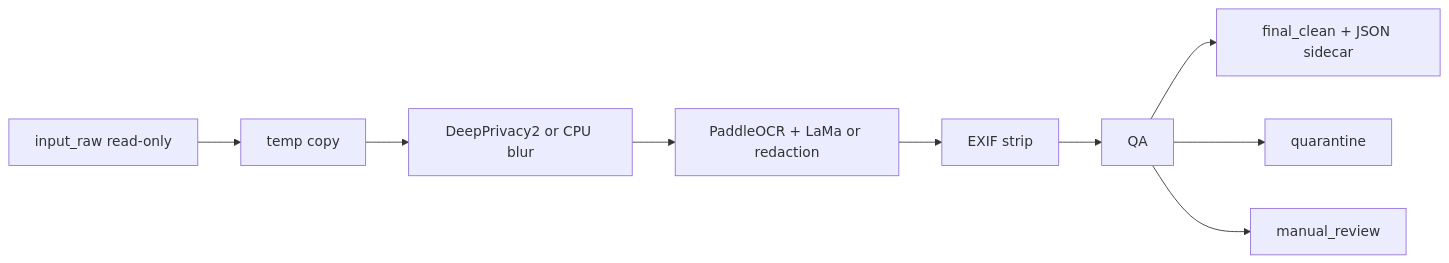
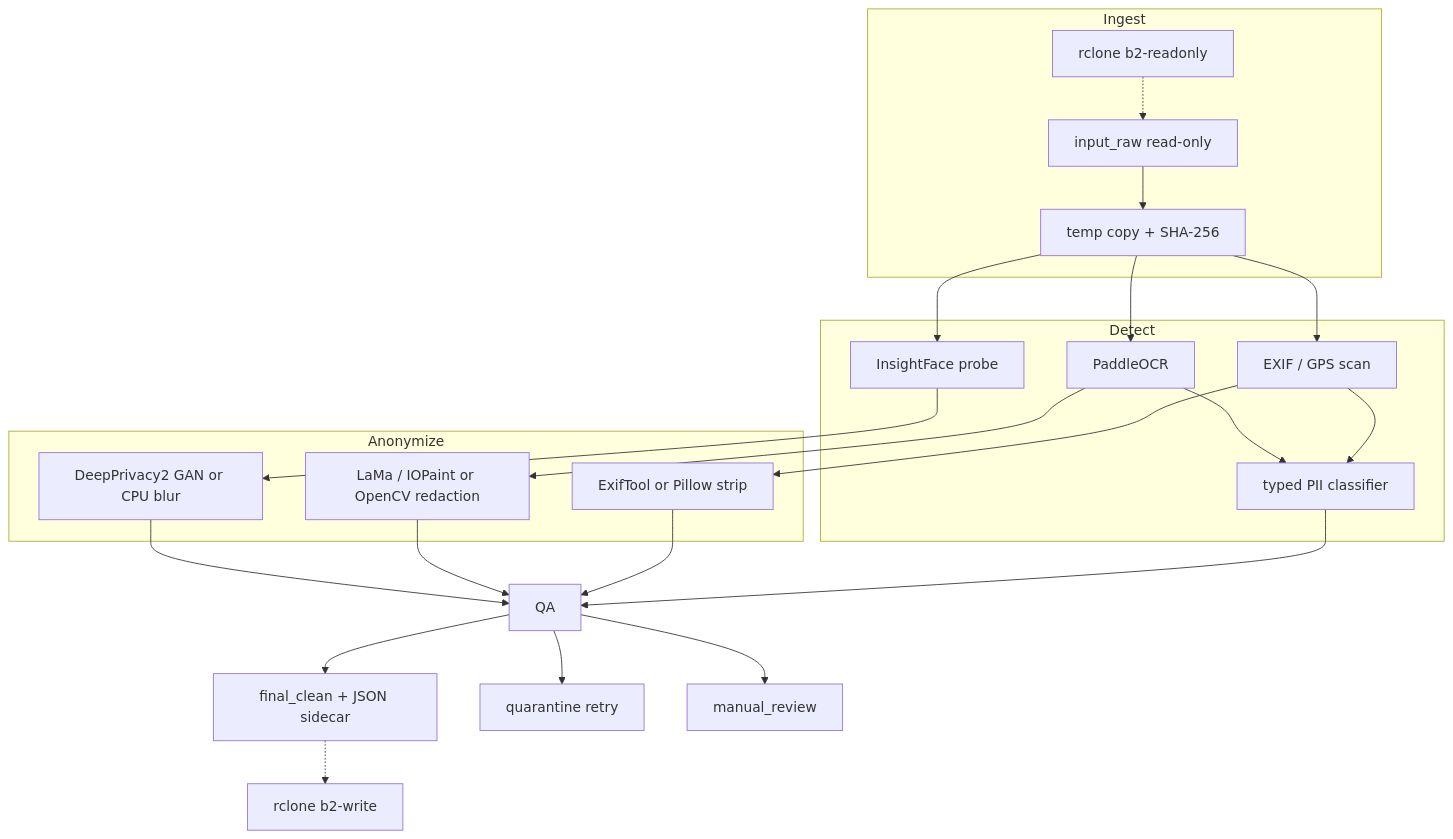
Before and after one commit to DannyBarren/PrivaGen-Anonymizer: the diagram in README.md, drawn with Mermaid. The commit also changed other lines of this file and 3 other files, not shown here.

First line of the commit message:
docs: publish architecture, trade-offs, and measured PII results

````diff
--- a/README.md
+++ b/README.md
@@ -25,11 +22,27 @@
 ```mermaid
-flowchart LR
-  A[input_raw read-only] --> B[temp copy]
-  B --> C[DeepPrivacy2 or CPU blur]
-  C --> D[PaddleOCR + LaMa or redaction]
-  D --> E[EXIF strip]
-  E --> F[QA]
-  F --> G[final_clean + JSON sidecar]
-  F --> H[quarantine]
-  F --> I[manual_review]
+flowchart TB
+  subgraph ingest [Ingest]
+    A[input_raw read-only] --> B[temp copy + SHA-256]
+    R[rclone b2-readonly] -.-> A
+  end
+  subgraph detect [Detect]
+    B --> C[InsightFace probe]
+    B --> D[PaddleOCR]
+    B --> E[EXIF / GPS scan]
+    D --> P[typed PII classifier]
+    E --> P
+  end
+  subgraph act [Anonymize]
+    C --> F[DeepPrivacy2 GAN or CPU blur]
+    D --> G[LaMa / IOPaint or OpenCV redaction]
+    E --> H[ExifTool or Pillow strip]
+  end
+  F --> Q[QA]
+  G --> Q
+  H --> Q
+  P --> Q
+  Q --> I[final_clean + JSON sidecar]
+  Q --> J[quarantine retry]
+  Q --> K[manual_review]
+  I -.-> W[rclone b2-write]
 ```
````
